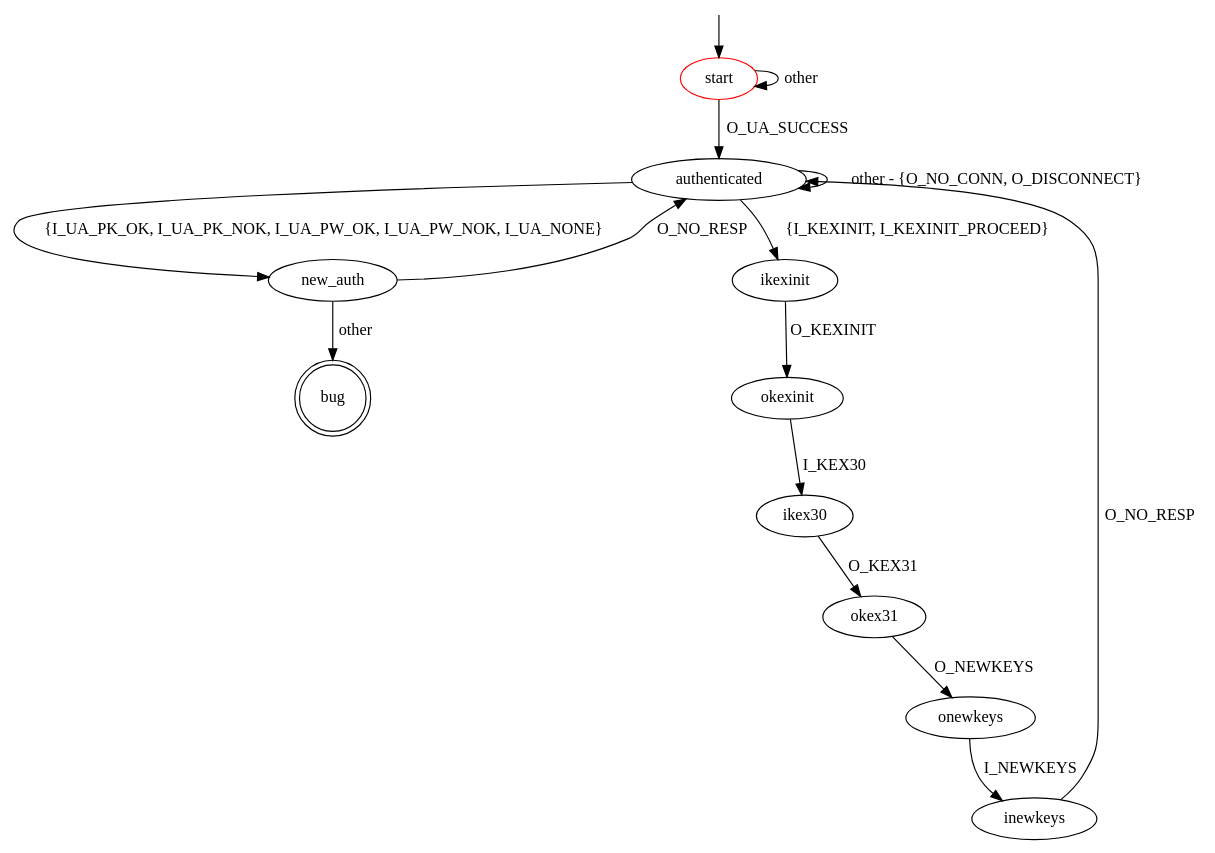
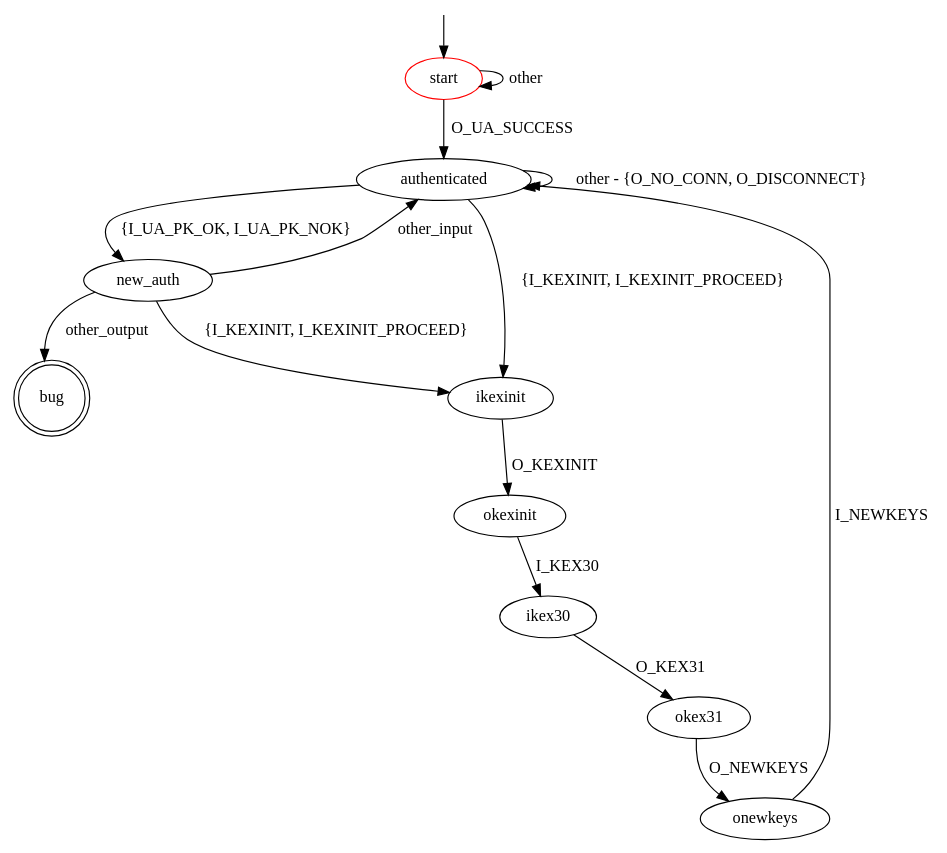
Before and after one commit to assist-project/state-machine-bug-finder: the diagram in src/main/resources/bugpatterns/ssh/unignored_auth_request.dot, drawn with Graphviz. The commit also changed 11 other files, not shown here.

Commit message:
Removed unspecified bug patterns. Retooled bug patterns to use NO_RESP as timeout

```diff
--- a/src/main/resources/bugpatterns/ssh/unignored_auth_request.dot
+++ b/src/main/resources/bugpatterns/ssh/unignored_auth_request.dot
@@ -1,25 +1,25 @@
 digraph G {
 label=""
 start [color="red"]
 bug [shape="doublecircle"]
 
 start -> authenticated [label="O_UA_SUCCESS"]
 start -> start [label="other"]
 
-authenticated -> new_auth [label="{I_UA_PK_OK, I_UA_PK_NOK, I_UA_PW_OK, I_UA_PW_NOK, I_UA_NONE}"]
+authenticated -> new_auth [label="{I_UA_PK_OK, I_UA_PK_NOK}"]
 authenticated -> ikexinit [label="{I_KEXINIT, I_KEXINIT_PROCEED}"]
 authenticated -> authenticated [label="other - {O_NO_CONN, O_DISCONNECT}"]
 
-new_auth -> authenticated [label="O_NO_RESP"]
-new_auth -> bug [label="other"]
+new_auth -> ikexinit [label="{I_KEXINIT, I_KEXINIT_PROCEED}"]
+new_auth -> authenticated [label="other_input"]
+new_auth -> bug [label="other_output"]
 
 ikexinit -> okexinit [label="O_KEXINIT"]
 okexinit -> ikex30 [label="I_KEX30"]
 ikex30 -> okex31 [label="O_KEX31"]
 okex31 -> onewkeys [label="O_NEWKEYS"]
-onewkeys -> inewkeys [label="I_NEWKEYS"]
-inewkeys -> authenticated [label="O_NO_RESP"]
+onewkeys -> authenticated [label="I_NEWKEYS"]
 
 __start0 [label="" shape="none" width="0" height="0"];
 __start0 -> start;
 }
```
